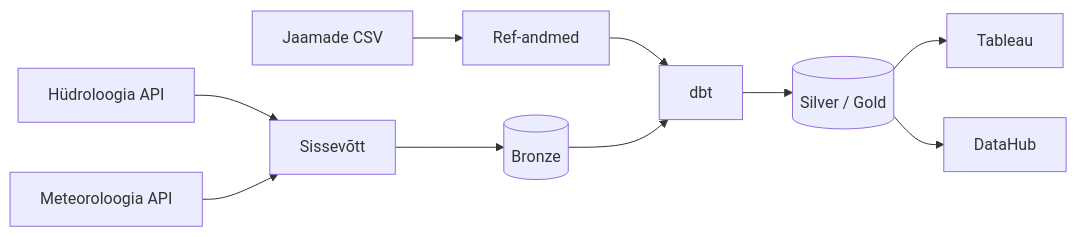
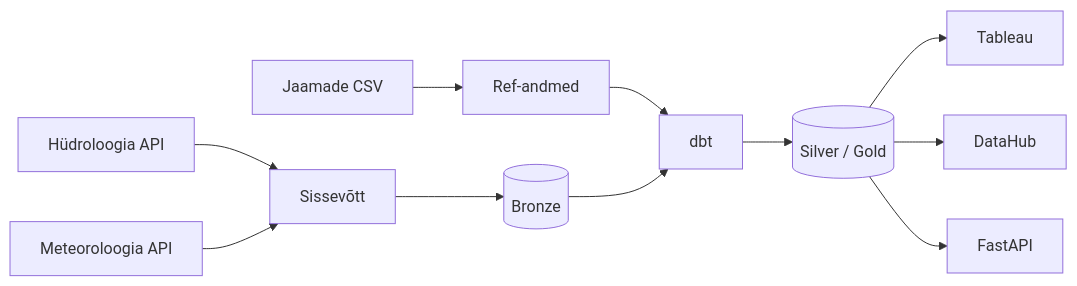
The diagram in README.md (SyncMaster7/deng-hydro-climate), drawn with Mermaid before and after one commit. The commit also changed other lines of this file, not shown here.

````diff
--- a/README.md
+++ b/README.md
@@ -14,12 +14,13 @@
 ```mermaid
 flowchart LR
     A[Hüdroloogia API] --> B[Sissevõtt]
     C[Meteoroloogia API] --> B
     D[Jaamade CSV] --> E[Ref-andmed]
     B --> F[(Bronze)]
     E --> G[dbt]
     F --> G
     G --> H[(Silver / Gold)]
     H --> I[Tableau]
     H --> J[DataHub]
+    H --> K[FastAPI]
 ```
````
